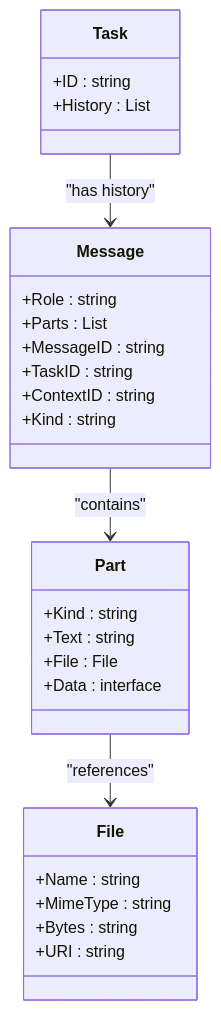
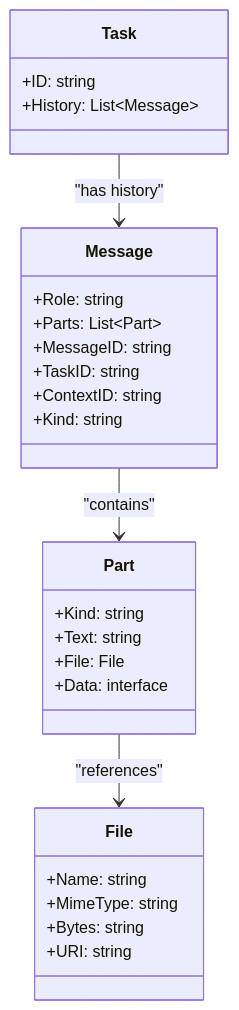
The fourth of 7 diagrams in docs/Data Models.md (prxs-ai/praxis-go-sdk), drawn with Mermaid before and after one commit. The commit also changed other lines of this file and 33 other files, not shown here.

````diff
--- a/docs/Data Models.md
+++ b/docs/Data Models.md
@@ -491,30 +491,30 @@
 ```mermaid
 classDiagram
 class Message {
-+Role : string
-+Parts : List<Part>
-+MessageID : string
-+TaskID : string
-+ContextID : string
-+Kind : string
++Role: string
++Parts: List~Part~
++MessageID: string
++TaskID: string
++ContextID: string
++Kind: string
 }
 class Part {
-+Kind : string
-+Text : string
-+File : File
-+Data : interface
++Kind: string
++Text: string
++File: File
++Data: interface
 }
 class File {
-+Name : string
-+MimeType : string
-+Bytes : string
-+URI : string
++Name: string
++MimeType: string
++Bytes: string
++URI: string
 }
 class Task {
-+ID : string
-+History : List<Message>
++ID: string
++History: List~Message~
 }
-Message --> Part : "contains"
-Part --> File : "references"
-Task --> Message : "has history"
+Message --> Part: "contains"
+Part --> File: "references"
+Task --> Message: "has history"
 ```
````
